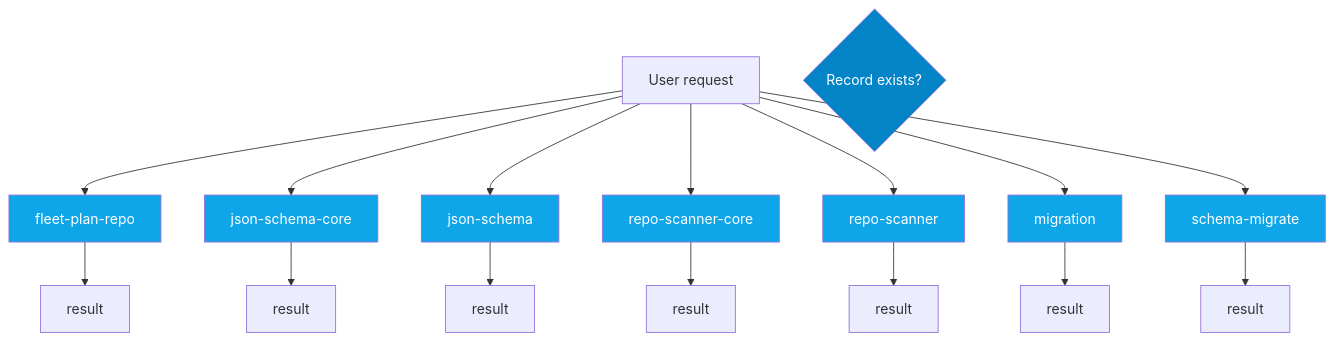
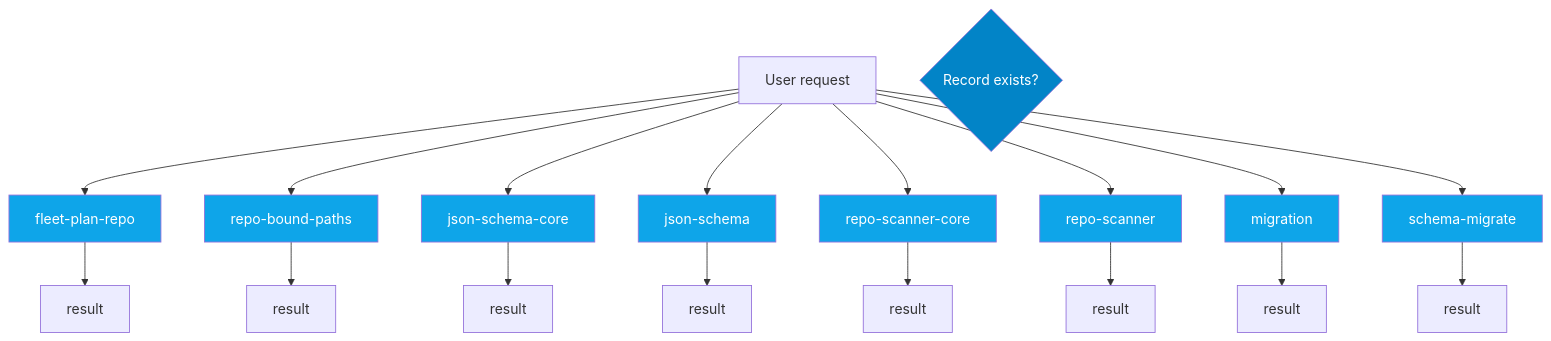
One commit to jscraik/coding-harness changed the sixth of 14 diagrams in AI/context/diagram-context.md. Above: the diagram before and after it, drawn with Mermaid. The commit also changed other lines of this file and 157 other files, not shown here.

````diff
--- a/AI/context/diagram-context.md
+++ b/AI/context/diagram-context.md
@@ -354,31 +428,34 @@
 ```mermaid
 flowchart TD
   UserRequest["User request"]
   Decision{Record exists?}
   fleet_plan_repo_ecdc6499["fleet-plan-repo"]
   UserRequest --> fleet_plan_repo_ecdc6499
   fleet_plan_repo_ecdc6499 --> fleet_plan_repo_ecdc6499_result["result"]
+  repo_bound_paths_e218b5b3["repo-bound-paths"]
+  UserRequest --> repo_bound_paths_e218b5b3
+  repo_bound_paths_e218b5b3 --> repo_bound_paths_e218b5b3_result["result"]
   json_schema_core_96d7e328["json-schema-core"]
   UserRequest --> json_schema_core_96d7e328
   json_schema_core_96d7e328 --> json_schema_core_96d7e328_result["result"]
   json_schema_74a768d7["json-schema"]
   UserRequest --> json_schema_74a768d7
   json_schema_74a768d7 --> json_schema_74a768d7_result["result"]
   repo_scanner_core_8e9f7646["repo-scanner-core"]
   UserRequest --> repo_scanner_core_8e9f7646
   repo_scanner_core_8e9f7646 --> repo_scanner_core_8e9f7646_result["result"]
   repo_scanner_a8b2579e["repo-scanner"]
   UserRequest --> repo_scanner_a8b2579e
   repo_scanner_a8b2579e --> repo_scanner_a8b2579e_result["result"]
   migration_8a6cead4["migration"]
   UserRequest --> migration_8a6cead4
   migration_8a6cead4 --> migration_8a6cead4_result["result"]
   schema_migrate_c0646635["schema-migrate"]
   UserRequest --> schema_migrate_c0646635
   schema_migrate_c0646635 --> schema_migrate_c0646635_result["result"]
   classDef dbNode fill:#0ea5e9,color:#fff
-  class fleet_plan_repo_ecdc6499,json_schema_core_96d7e328,json_schema_74a768d7,repo_scanner_core_8e9f7646,repo_scanner_a8b2579e,migration_8a6cead4,schema_migrate_c0646635 dbNode
+  class fleet_plan_repo_ecdc6499,repo_bound_paths_e218b5b3,json_schema_core_96d7e328,json_schema_74a768d7,repo_scanner_core_8e9f7646,repo_scanner_a8b2579e,migration_8a6cead4,schema_migrate_c0646635 dbNode
   classDef decisionNode fill:#0284c7,color:#fff
   class Decision decisionNode
 
 ```
````
